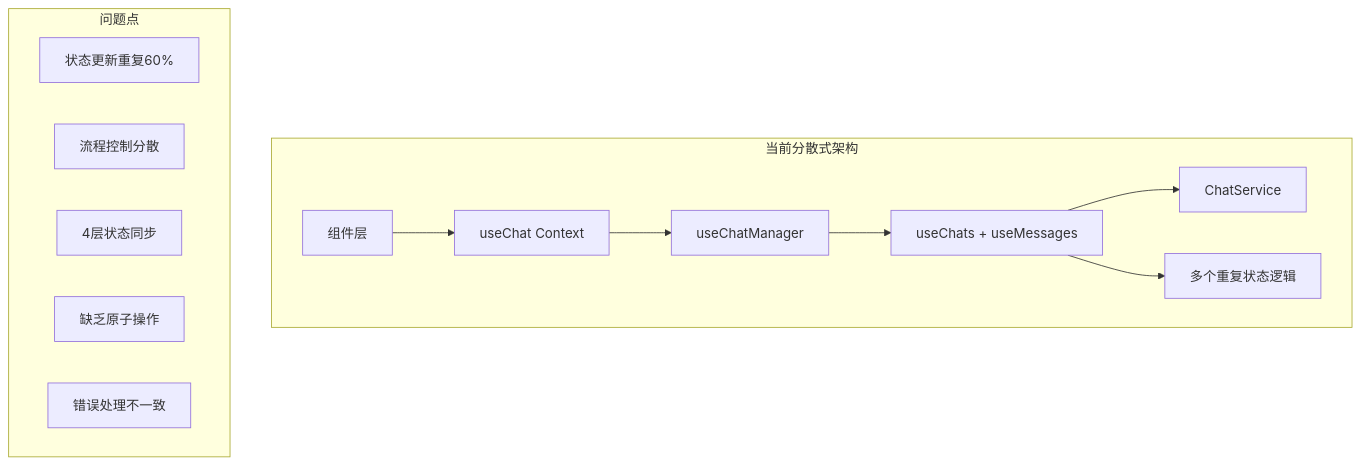
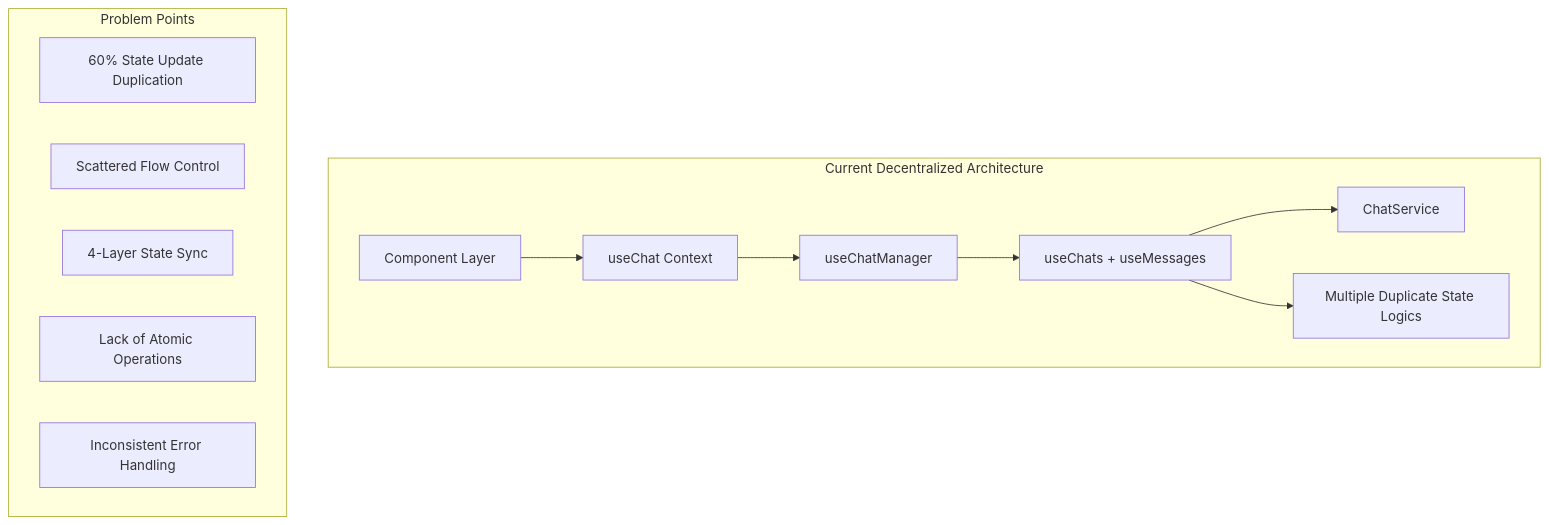
Before and after one commit to bigduu/copilot_client_app: the first of 7 diagrams in docs/architecture/_archive/UNIFIED_CHAT_FLOW_ARCHITECTURE.md, drawn with Mermaid. The commit also changed other lines of this file and 49 other files, not shown here.

````diff
--- a/docs/architecture/_archive/UNIFIED_CHAT_FLOW_ARCHITECTURE.md
+++ b/docs/architecture/_archive/UNIFIED_CHAT_FLOW_ARCHITECTURE.md
@@ -20,18 +20,18 @@
 ```mermaid
 graph TB
-    subgraph "当前分散式架构"
-        A[组件层] --> B[useChat Context]
+    subgraph "Current Decentralized Architecture"
+        A[Component Layer] --> B[useChat Context]
         B --> C[useChatManager]
         C --> D[useChats + useMessages]
         D --> E[ChatService]
-        D --> F[多个重复状态逻辑]
+        D --> F[Multiple Duplicate State Logics]
     end
-    
-    subgraph "问题点"
-        G[状态更新重复60%]
-        H[流程控制分散]
-        I[4层状态同步]
-        J[缺乏原子操作]
-        K[错误处理不一致]
+
+    subgraph "Problem Points"
+        G[60% State Update Duplication]
+        H[Scattered Flow Control]
+        I[4-Layer State Sync]
+        J[Lack of Atomic Operations]
+        K[Inconsistent Error Handling]
     end
 ```
````
